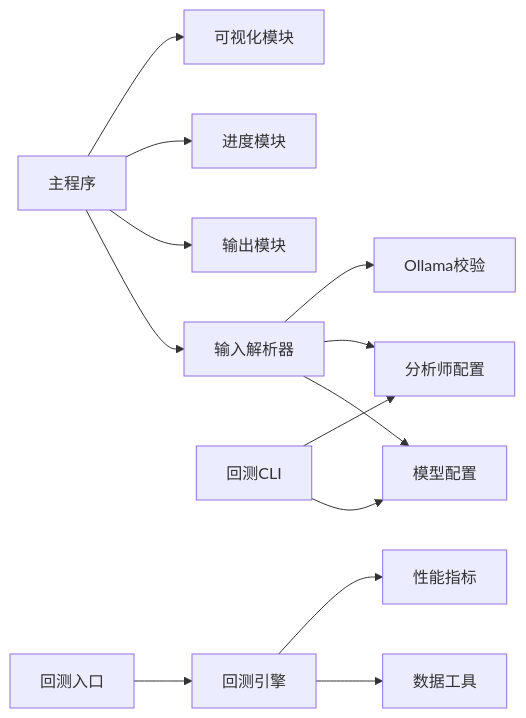
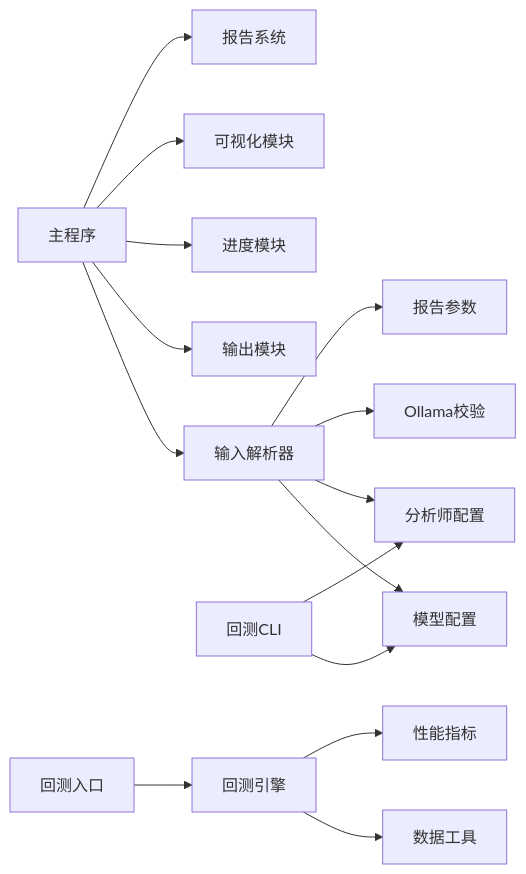
Before and after one commit to lichen14-hash/ai-hedge-fund: the sixth of 6 diagrams in .qoder/repowiki/zh/content/命令行界面.md, drawn with Mermaid. The commit also changed other lines of this file and 24 other files, not shown here.

````diff
--- a/.qoder/repowiki/zh/content/命令行界面.md
+++ b/.qoder/repowiki/zh/content/命令行界面.md
@@ -295,15 +326,17 @@
 ```mermaid
 graph LR
 INPUT["输入解析器"] --> MODELS["模型配置"]
 INPUT --> ANALYSTS["分析师配置"]
 INPUT --> OLLAMA["Ollama校验"]
+INPUT --> REPORT["报告参数"]
 MAIN["主程序"] --> INPUT
 MAIN --> DISPLAY["输出模块"]
 MAIN --> PROGRESS["进度模块"]
 MAIN --> VISUAL["可视化模块"]
+MAIN --> REPORTSYS["报告系统"]
 BT_CLI["回测CLI"] --> MODELS
 BT_CLI --> ANALYSTS
 BT_MAIN["回测入口"] --> BT_ENGINE["回测引擎"]
 BT_ENGINE --> DATA["数据工具"]
 BT_ENGINE --> METRICS["性能指标"]
 ```
````
